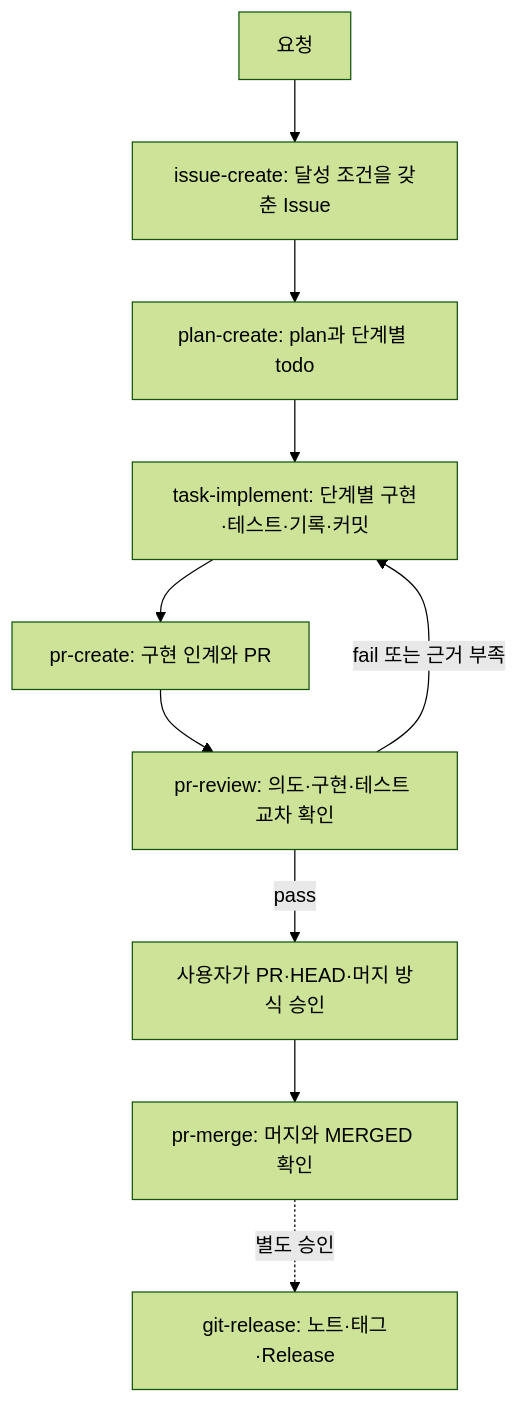
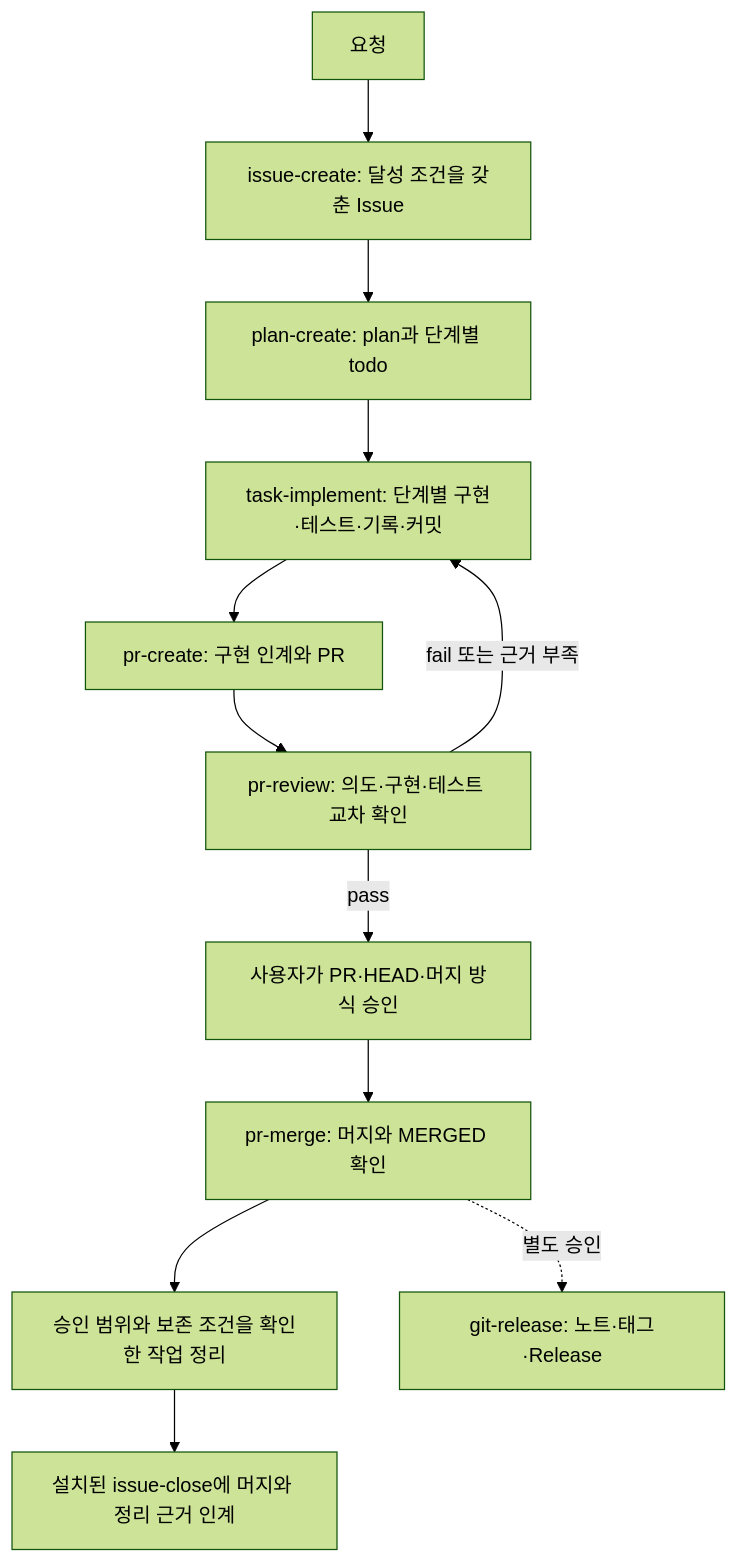
Before and after one commit to insung/git-workflow: the diagram in README.ko.md, drawn with Mermaid (forest theme). The commit also changed other lines of this file and 5 other files, not shown here.

````diff
--- a/README.ko.md
+++ b/README.ko.md
@@ -20,12 +20,14 @@
 ```mermaid
 flowchart TD
     A[요청] --> B[issue-create: 달성 조건을 갖춘 Issue]
     B --> C[plan-create: plan과 단계별 todo]
     C --> D[task-implement: 단계별 구현·테스트·기록·커밋]
     D --> E[pr-create: 구현 인계와 PR]
     E --> F[pr-review: 의도·구현·테스트 교차 확인]
     F -->|fail 또는 근거 부족| D
     F -->|pass| G[사용자가 PR·HEAD·머지 방식 승인]
     G --> H[pr-merge: 머지와 MERGED 확인]
+    H --> J[승인 범위와 보존 조건을 확인한 작업 정리]
+    J --> K[설치된 issue-close에 머지와 정리 근거 인계]
     H -. 별도 승인 .-> I[git-release: 노트·태그·Release]
 ```
````
